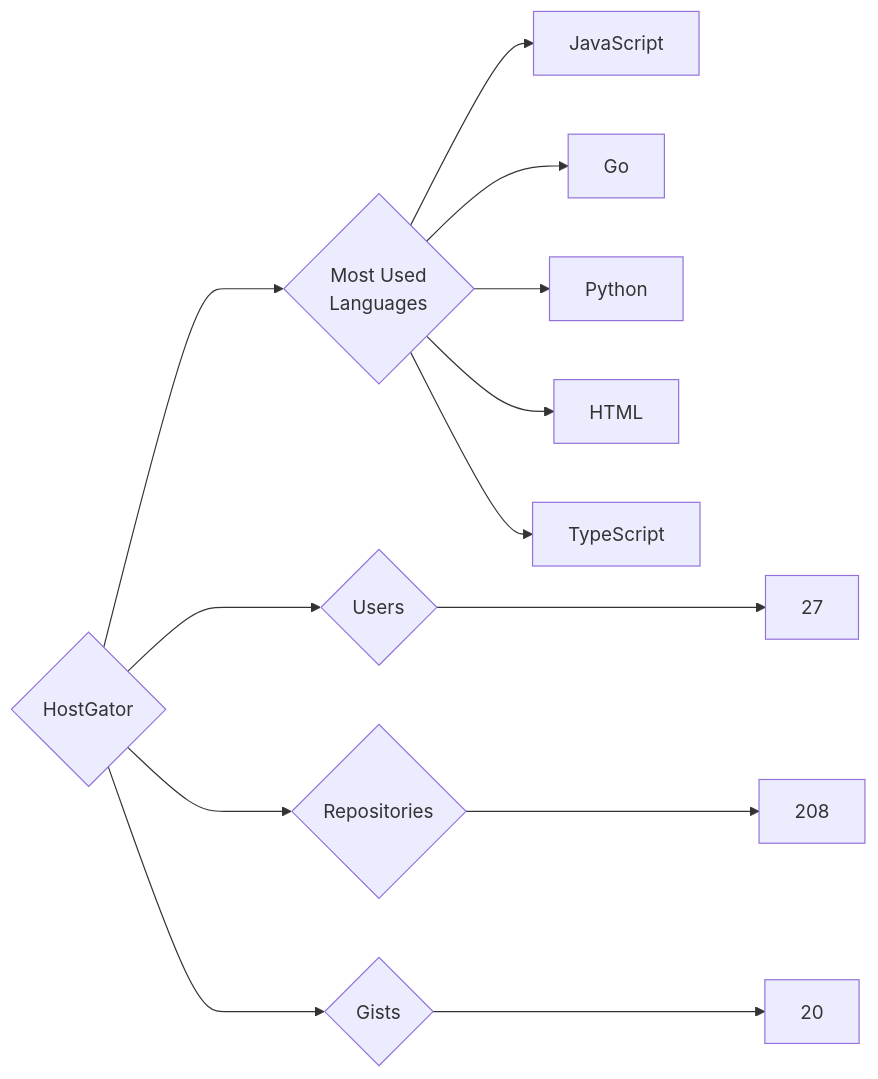
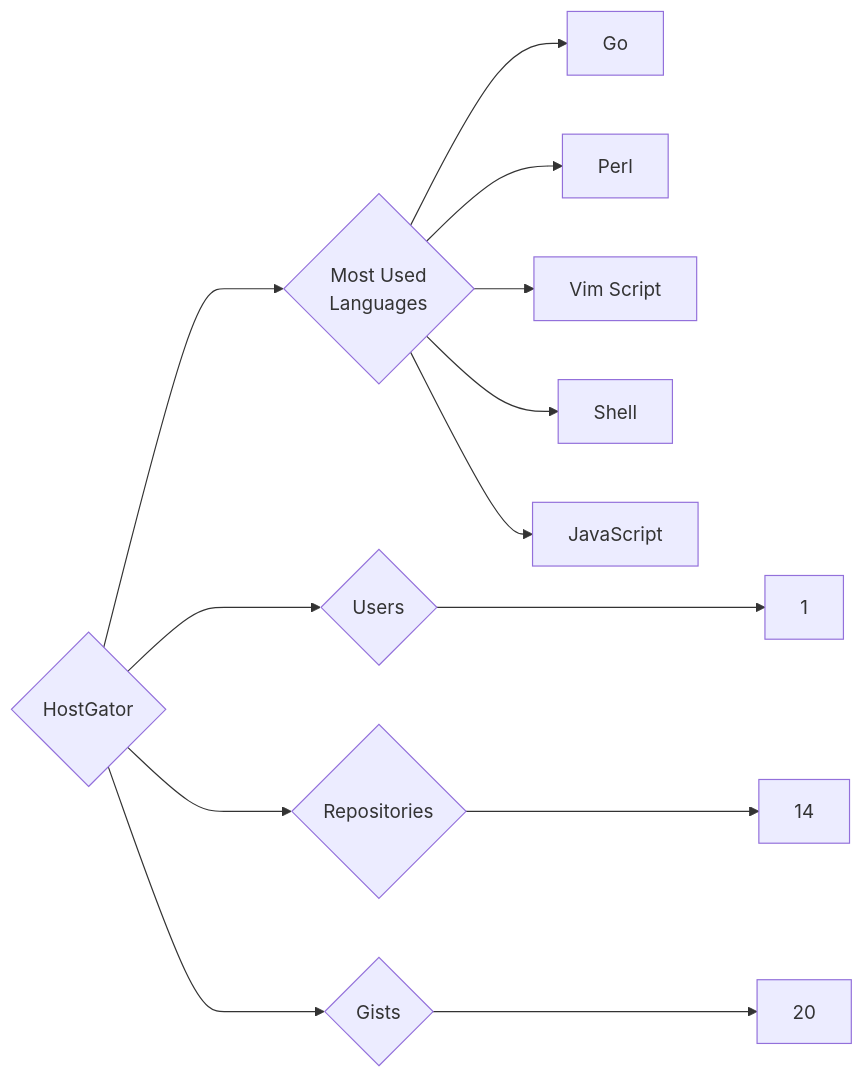
The diagram in targets/HostGator/README.md (trickest/insiders), drawn with Mermaid before and after one commit. The commit also changed 681 other files, not shown here.

````diff
--- a/targets/HostGator/README.md
+++ b/targets/HostGator/README.md
@@ -3,13 +3,13 @@
 ```mermaid
 graph LR
 COMPANY_NAME{HostGator}
-COMPANY_NAME ---> U{Users} ---> UN[27]
-COMPANY_NAME ---> R{Repositories} ---> RN[208]
+COMPANY_NAME ---> U{Users} ---> UN[1]
+COMPANY_NAME ---> R{Repositories} ---> RN[14]
 COMPANY_NAME ---> G{Gists} ---> GN[20]
 COMPANY_NAME ---> ML{Most Used<br>Languages}
+ML --> Go[Go]
+ML --> Perl[Perl]
+ML --> Vim_Script[Vim Script]
+ML --> Shell[Shell]
 ML --> JavaScript[JavaScript]
-ML --> Go[Go]
-ML --> Python[Python]
-ML --> HTML[HTML]
-ML --> TypeScript[TypeScript]
 ```
````
